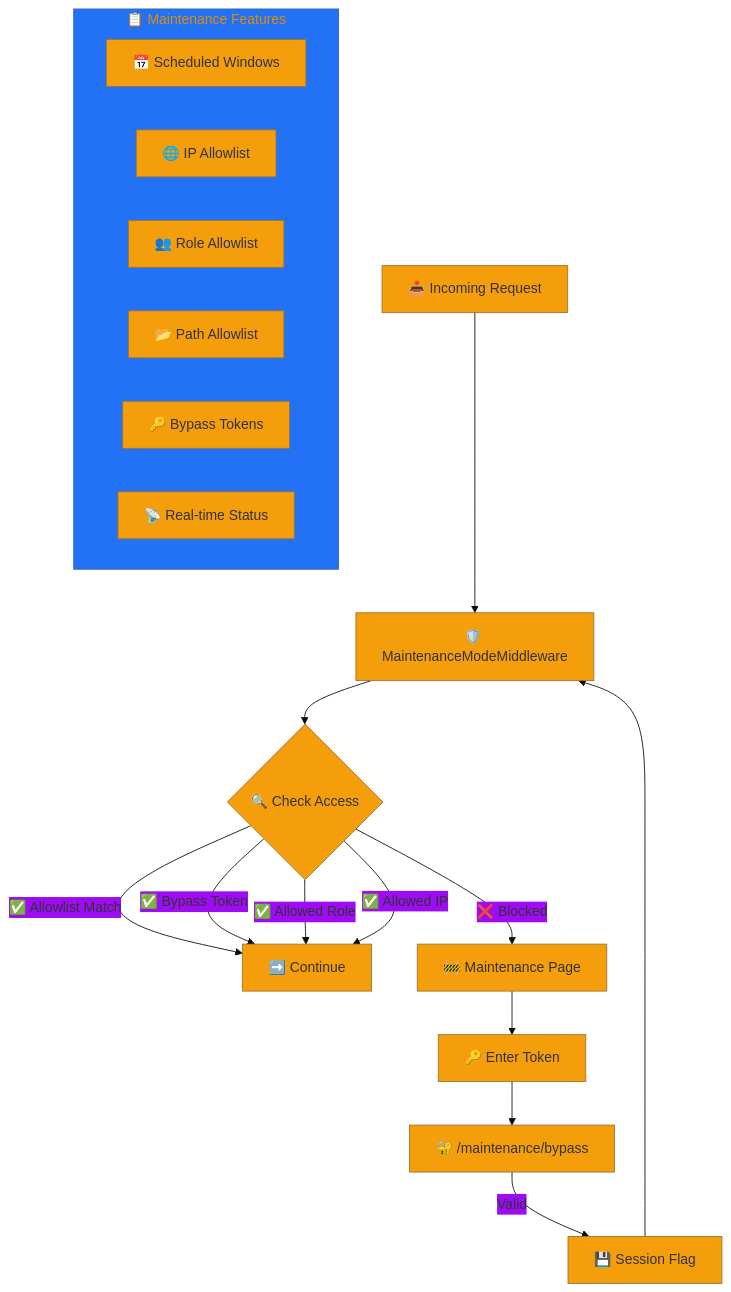
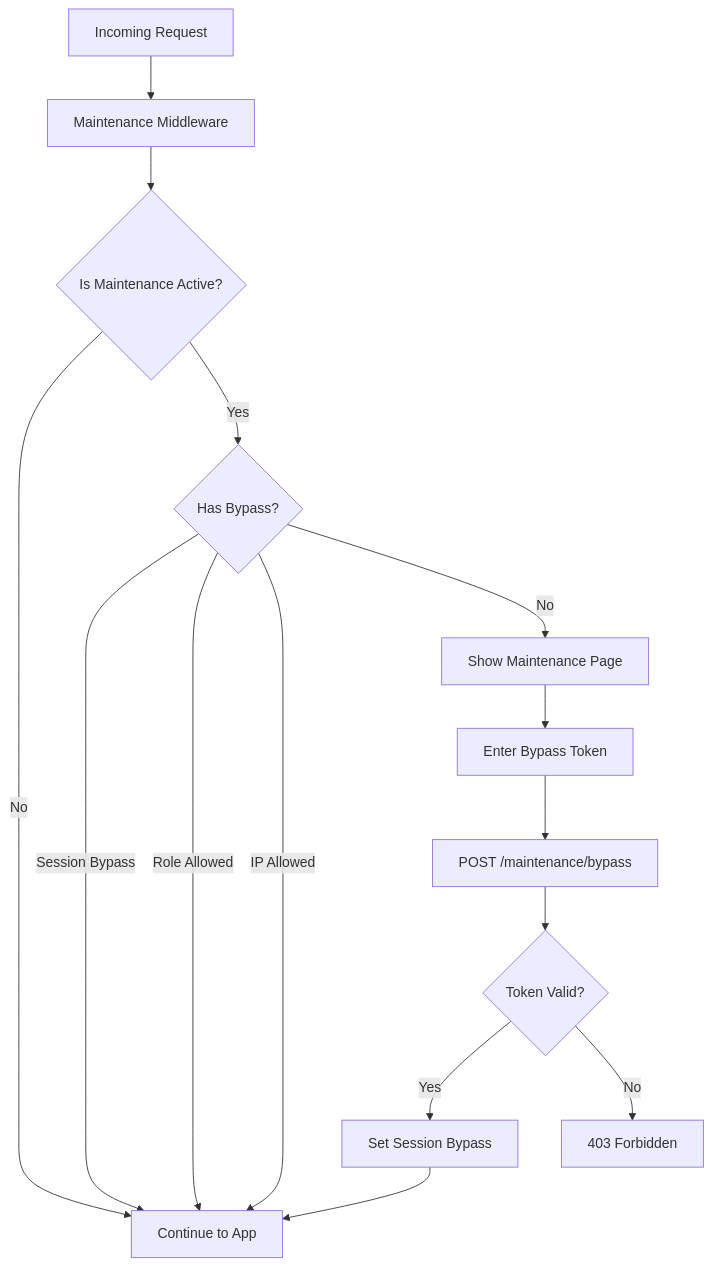
One commit to Halfirzzha/A-Good-Start-to-the-Program changed the sixth of 8 diagrams in README.md. Above: the diagram before and after it, drawn with Mermaid. The commit also changed other lines of this file and 125 other files, not shown here.

````diff
--- a/README.md
+++ b/README.md
@@ -390,27 +1132,21 @@
 ```mermaid
-%%{init: {'theme': 'base', 'themeVariables': { 'primaryColor': '#F59E0B'}}}%%
 flowchart TD
-    REQ["📥 Incoming Request"] --> MW["🛡️ MaintenanceModeMiddleware"]
+    REQ[Incoming Request] --> MW[Maintenance Middleware]
+    MW --> CHECK{Is Maintenance Active?}
 
-    MW --> CHECK{"🔍 Check Access"}
+    CHECK -->|No| PASS[Continue to App]
+    CHECK -->|Yes| ALLOWED{Has Bypass?}
 
-    CHECK -->|"✅ Allowlist Match"| PASS["➡️ Continue"]
-    CHECK -->|"✅ Bypass Token"| PASS
-    CHECK -->|"✅ Allowed Role"| PASS
-    CHECK -->|"✅ Allowed IP"| PASS
-    CHECK -->|"❌ Blocked"| PAGE["🚧 Maintenance Page"]
+    ALLOWED -->|Session Bypass| PASS
+    ALLOWED -->|Role Allowed| PASS
+    ALLOWED -->|IP Allowed| PASS
+    ALLOWED -->|No| PAGE[Show Maintenance Page]
 
-    PAGE --> TOKEN["🔑 Enter Token"]
-    TOKEN --> VERIFY["🔐 /maintenance/bypass"]
-    VERIFY -->|Valid| SESSION["💾 Session Flag"]
-    SESSION --> MW
+    PAGE --> TOKEN[Enter Bypass Token]
+    TOKEN --> VERIFY[POST /maintenance/bypass]
+    VERIFY --> GRANT{Token Valid?}
 
-    subgraph Features["📋 Maintenance Features"]
-        F1["📅 Scheduled Windows"]
-        F2["🌐 IP Allowlist"]
-        F3["👥 Role Allowlist"]
-        F4["📂 Path Allowlist"]
-        F5["🔑 Bypass Tokens"]
-        F6["📡 Real-time Status"]
-    end
+    GRANT -->|Yes| SESSION[Set Session Bypass]
+    SESSION --> PASS
+    GRANT -->|No| DENY[403 Forbidden]
 ```
````
